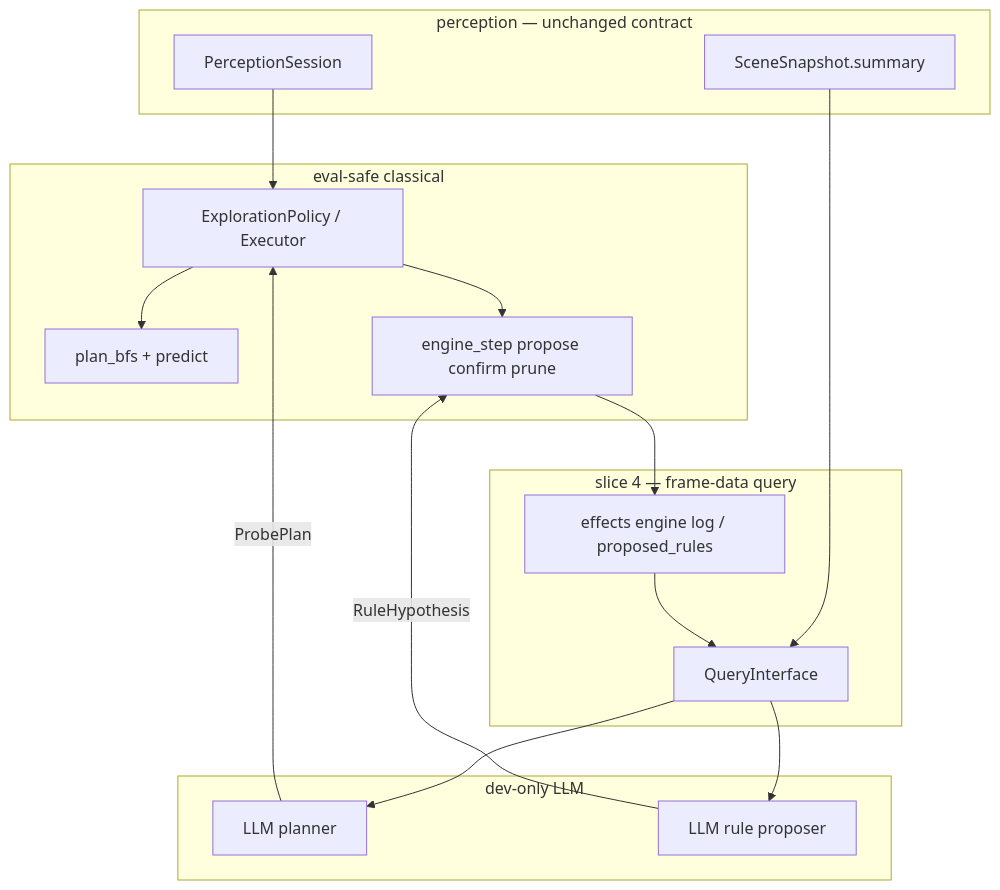
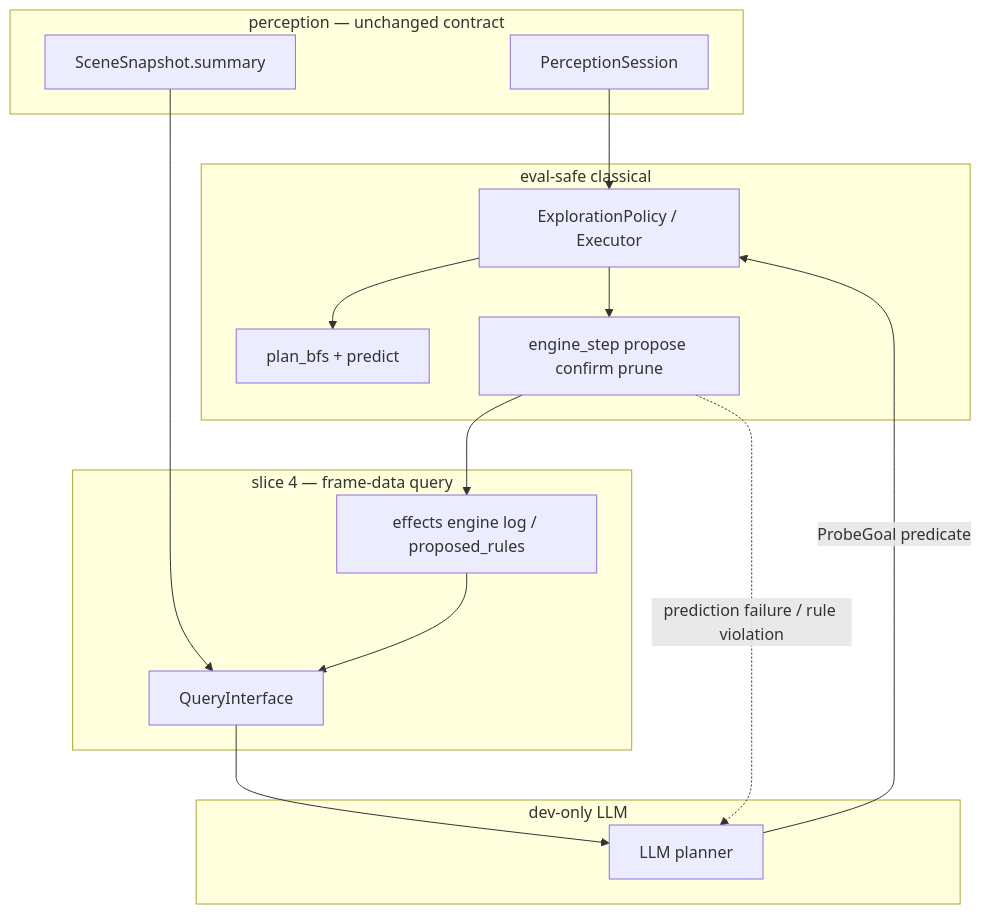
The diagram in docs/brainstorms/llm-agent-loop.md (peara/ARC-AGI-3-Agents), drawn with Mermaid before and after one commit. The commit also changed other lines of this file and 2 other files, not shown here.

Commit message:
docs: simplify slice 4 plan — remove ProbeState, merge steps, scene IS memory

````diff
--- a/docs/brainstorms/llm-agent-loop.md
+++ b/docs/brainstorms/llm-agent-loop.md
@@ -91,33 +87,31 @@
 ```mermaid
 flowchart TB
   subgraph perception [perception — unchanged contract]
     PS[PerceptionSession]
     SS[SceneSnapshot.summary]
   end
 
   subgraph query [slice 4 — frame-data query]
     QI[QueryInterface]
     SS --> QI
     ENG[effects engine log / proposed_rules] --> QI
   end
 
   subgraph llm [dev-only LLM]
     LP[LLM planner]
-    LR[LLM rule proposer]
     QI --> LP
-    QI --> LR
   end
 
   subgraph classical [eval-safe classical]
     EP[ExplorationPolicy / Executor]
     BFS[plan_bfs + predict]
     RE[engine_step propose confirm prune]
-    LP -->|ProbePlan| EP
+    LP -->|ProbeGoal predicate| EP
     EP --> BFS
     EP --> RE
-    LR -->|RuleHypothesis| RE
   end
 
   PS --> EP
   RE --> ENG
+  RE -.->|prediction failure / rule violation| LP
 ```
````
